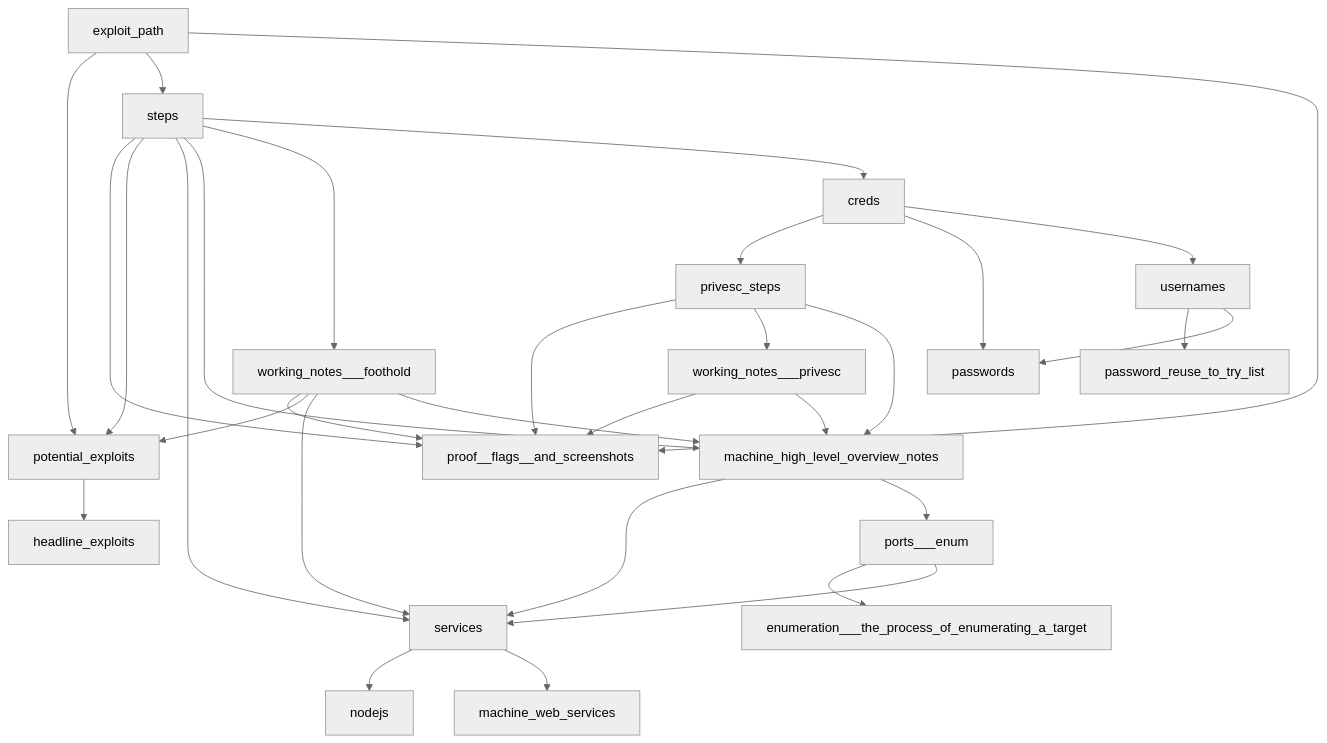
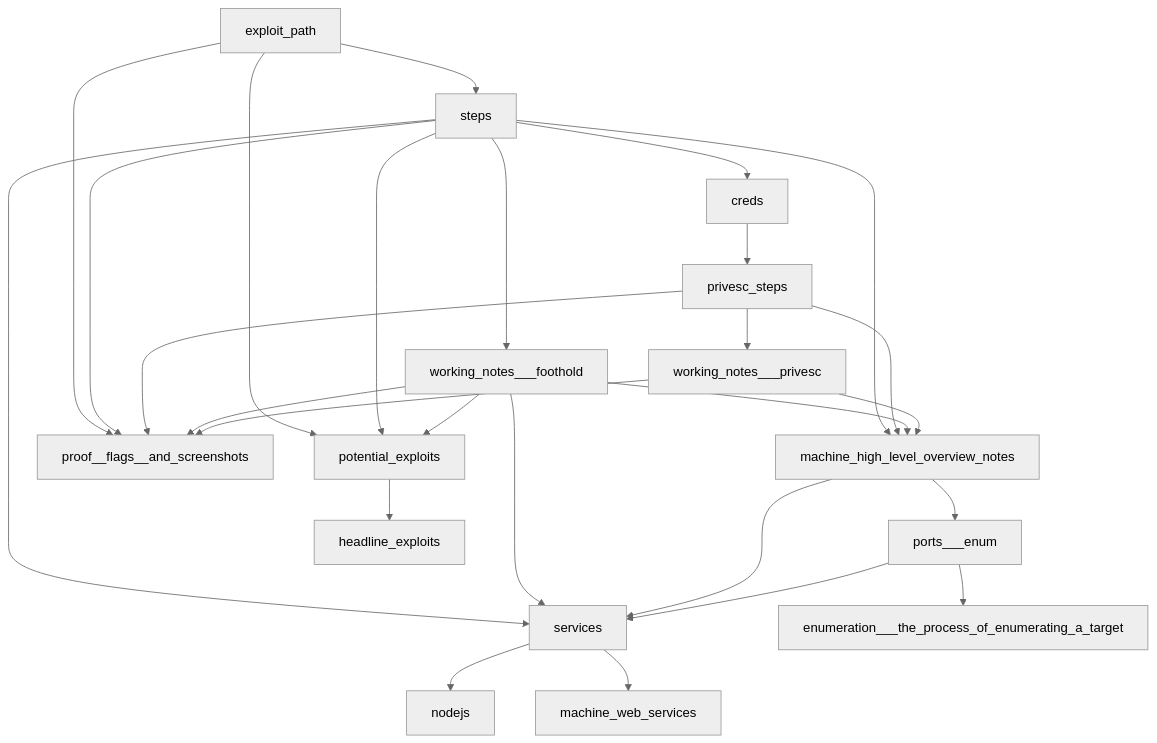
One commit to nicholas-long/markdown-raw-files-to-zettelkasten-conversion changed the diagram in zet/20221030041924/README.md. Above: the diagram before and after it, drawn with Mermaid (neutral theme). The commit also changed 14 other files, not shown here.

````diff
--- a/zet/20221030041924/README.md
+++ b/zet/20221030041924/README.md
@@ -11,33 +11,29 @@
 ```mermaid
 graph TD;
   exploit_path --> potential_exploits;
   exploit_path --> steps;
   exploit_path --> proof__flags__and_screenshots;
   steps --> proof__flags__and_screenshots;
   steps --> potential_exploits;
   steps --> services;
   steps --> machine_high_level_overview_notes;
   steps --> working_notes___foothold;
   steps --> creds;
   creds --> privesc_steps;
-  creds --> passwords;
-  creds --> usernames;
-  usernames --> password_reuse_to_try_list;
-  usernames --> passwords;
   privesc_steps --> proof__flags__and_screenshots;
   privesc_steps --> working_notes___privesc;
   privesc_steps --> machine_high_level_overview_notes;
   working_notes___foothold --> proof__flags__and_screenshots;
   working_notes___foothold --> potential_exploits;
   working_notes___foothold --> services;
   working_notes___foothold --> machine_high_level_overview_notes;
   working_notes___privesc --> proof__flags__and_screenshots;
   working_notes___privesc --> machine_high_level_overview_notes;
   machine_high_level_overview_notes --> services;
   machine_high_level_overview_notes --> ports___enum;
   ports___enum --> enumeration___the_process_of_enumerating_a_target;
   ports___enum --> services;
   services --> nodejs;
   services --> machine_web_services;
   potential_exploits --> headline_exploits;
 ```
````
